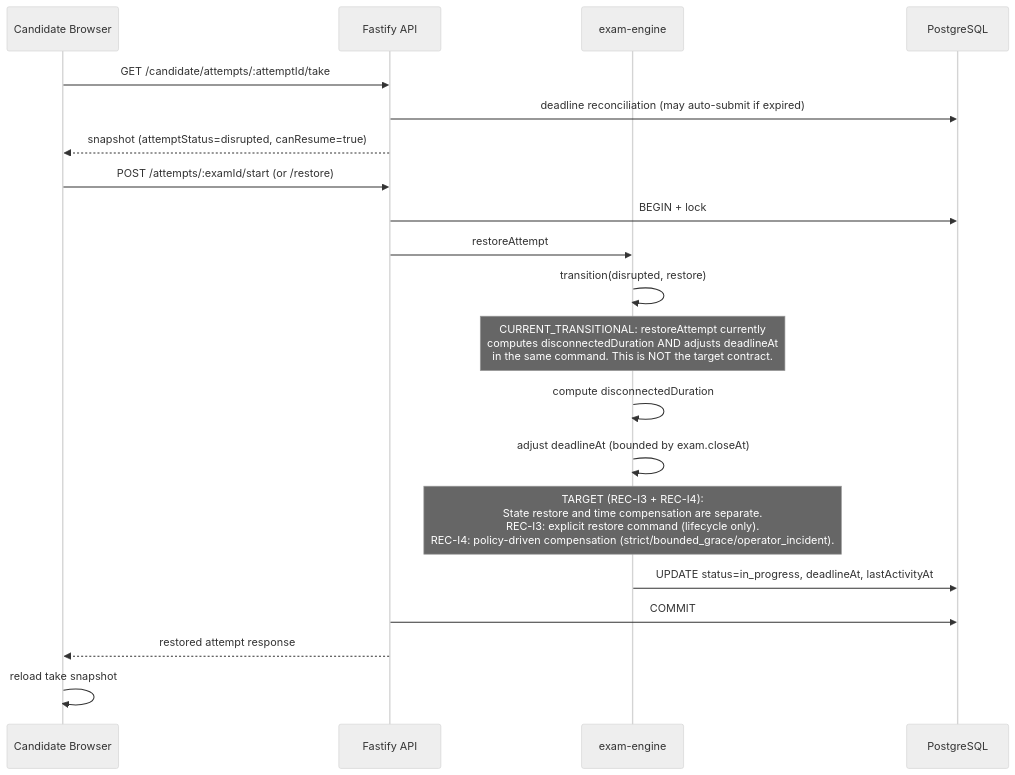
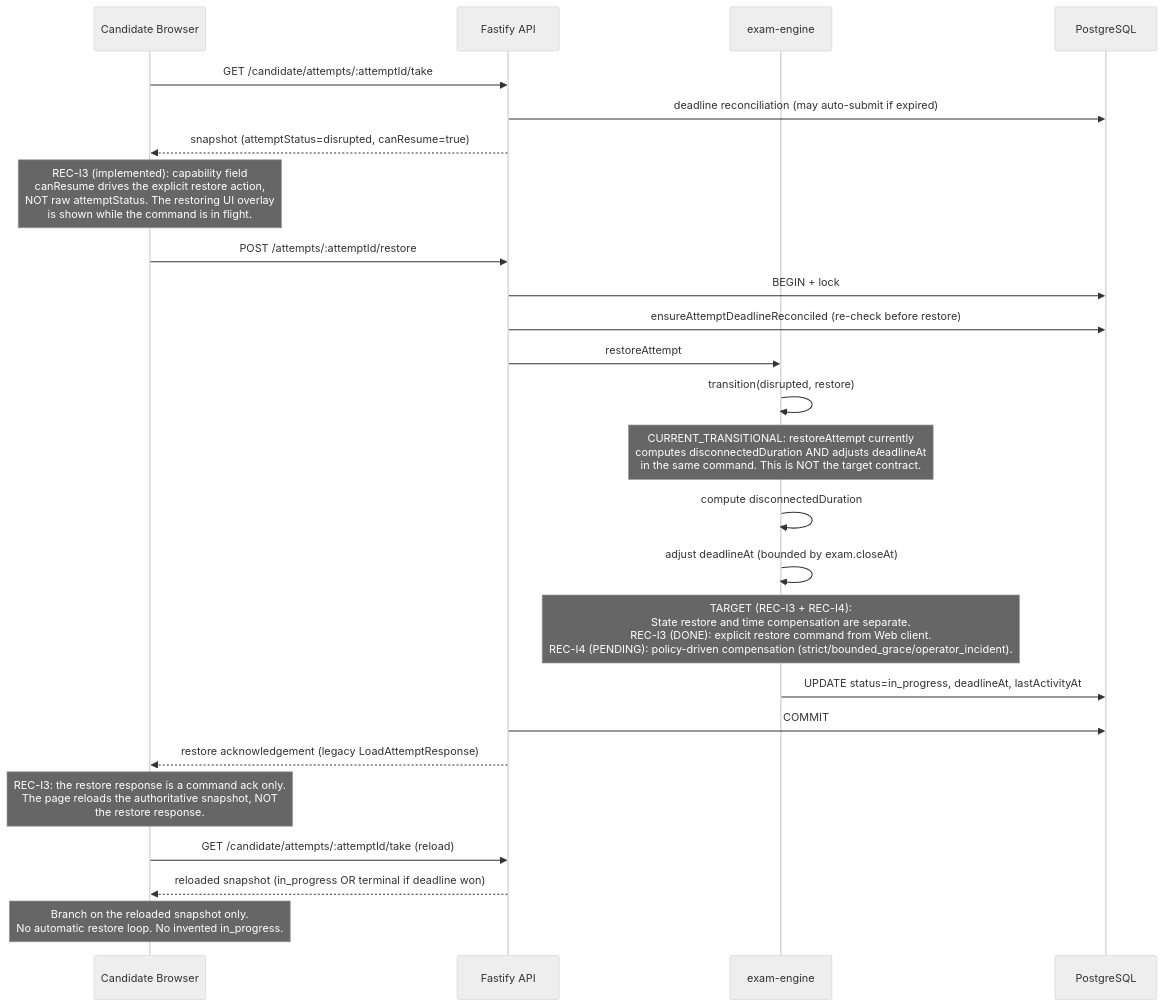
One commit to jnhu76/exam changed the fifth of 7 diagrams in docs/architecture/exam-system/candidate-recovery.md. Above: the diagram before and after it, drawn with Mermaid (neutral theme). The commit also changed other lines of this file and 7 other files, not shown here.

First line of the commit message:
fix(exam): restore disrupted attempts from direct take entry (#219)

````diff
--- a/docs/architecture/exam-system/candidate-recovery.md
+++ b/docs/architecture/exam-system/candidate-recovery.md
@@ -141,23 +141,28 @@
 ```mermaid
 sequenceDiagram
     participant C as Candidate Browser
     participant API as Fastify API
     participant Engine as exam-engine
     participant DB as PostgreSQL
 
     C->>API: GET /candidate/attempts/:attemptId/take
     API->>DB: deadline reconciliation (may auto-submit if expired)
     API-->>C: snapshot (attemptStatus=disrupted, canResume=true)
-    C->>API: POST /attempts/:examId/start (or /restore)
+    Note over C: REC-I3 (implemented): capability field<br/>canResume drives the explicit restore action,<br/>NOT raw attemptStatus. The restoring UI overlay<br/>is shown while the command is in flight.
+    C->>API: POST /attempts/:attemptId/restore
     API->>DB: BEGIN + lock
+    API->>DB: ensureAttemptDeadlineReconciled (re-check before restore)
     API->>Engine: restoreAttempt
     Engine->>Engine: transition(disrupted, restore)
     Note over Engine: CURRENT_TRANSITIONAL: restoreAttempt currently<br/>computes disconnectedDuration AND adjusts deadlineAt<br/>in the same command. This is NOT the target contract.
     Engine->>Engine: compute disconnectedDuration
     Engine->>Engine: adjust deadlineAt (bounded by exam.closeAt)
-    Note over Engine: TARGET (REC-I3 + REC-I4):<br/>State restore and time compensation are separate.<br/>REC-I3: explicit restore command (lifecycle only).<br/>REC-I4: policy-driven compensation (strict/bounded_grace/operator_incident).
+    Note over Engine: TARGET (REC-I3 + REC-I4):<br/>State restore and time compensation are separate.<br/>REC-I3 (DONE): explicit restore command from Web client.<br/>REC-I4 (PENDING): policy-driven compensation (strict/bounded_grace/operator_incident).
     Engine->>DB: UPDATE status=in_progress, deadlineAt, lastActivityAt
     API->>DB: COMMIT
-    API-->>C: restored attempt response
-    C->>C: reload take snapshot
+    API-->>C: restore acknowledgement (legacy LoadAttemptResponse)
+    Note over C: REC-I3: the restore response is a command ack only.<br/>The page reloads the authoritative snapshot, NOT<br/>the restore response.
+    C->>API: GET /candidate/attempts/:attemptId/take (reload)
+    API-->>C: reloaded snapshot (in_progress OR terminal if deadline won)
+    Note over C: Branch on the reloaded snapshot only.<br/>No automatic restore loop. No invented in_progress.
 ```
````
